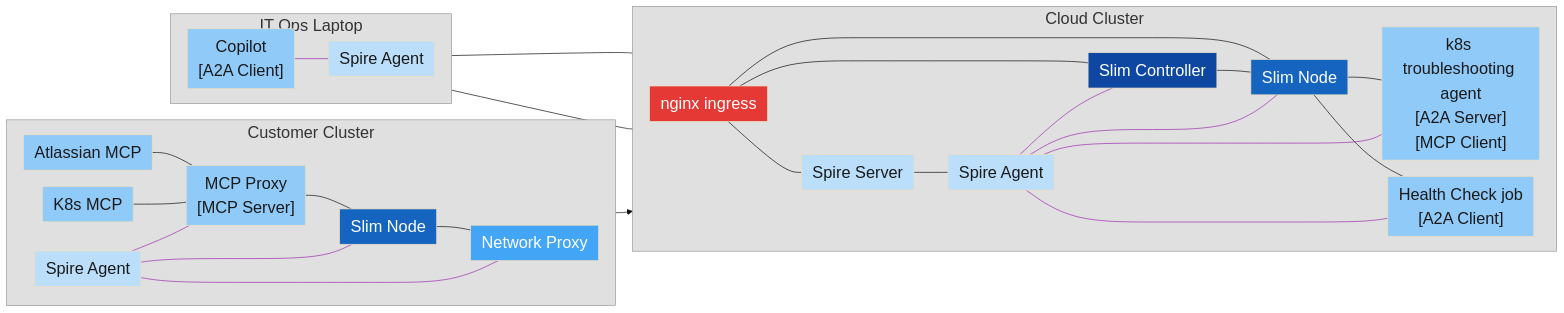
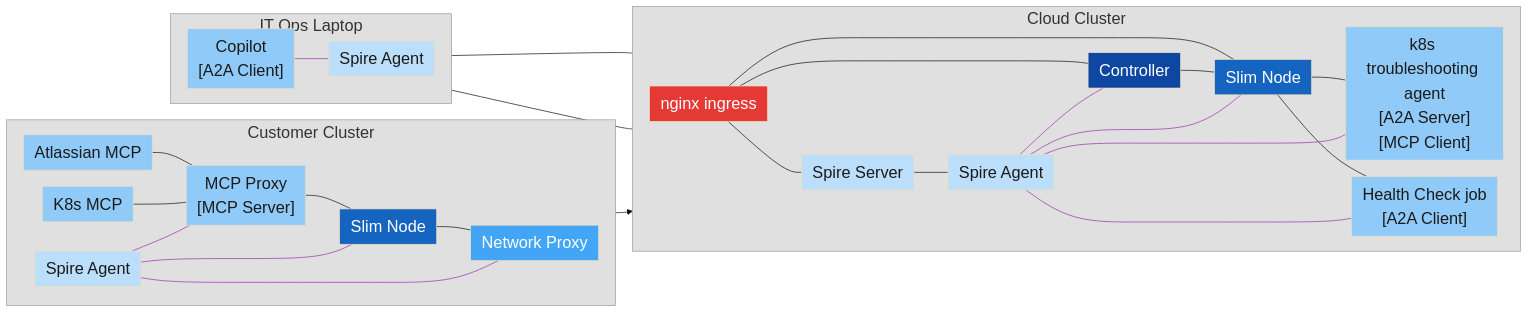
The seventh of 9 diagrams in presentations/slim-multicluster-demo/slim-multicluster-demo.md (agntcy/blogs), drawn with Mermaid before and after one commit. The commit also changed other lines of this file, not shown here.

````diff
--- a/presentations/slim-multicluster-demo/slim-multicluster-demo.md
+++ b/presentations/slim-multicluster-demo/slim-multicluster-demo.md
@@ -379,68 +379,68 @@
 ```mermaid
 %%{init: {'theme': 'base', 'themeVariables': {'fontSize': '24px'}, 'flowchart': {'nodeSpacing': 24, 'rankSpacing': 25, 'padding': 8}}}%%
 graph LR
     subgraph Customer[Customer Cluster]
         direction LR
         AMCP[Atlassian MCP] --- MP1["MCP Proxy\n[MCP Server]"]
         KMCP[K8s MCP] --- MP1
         MP1 --- CSN[Slim Node]
         CSN --- NP[Network Proxy]
         CSA[Spire Agent] --- CSN
         CSA --- NP
         CSA --- MP1
     end
 
     subgraph Laptop[IT Ops Laptop]
         direction LR
         Copilot["Copilot\n[A2A Client]"]
         LSA[Spire Agent]
         Copilot --- LSA
     end
 
     subgraph Cloud[Cloud Cluster]
         direction LR
         Ingress[nginx ingress] --- SN[Slim Node]
         Ingress --- SS[Spire Server]
-        Ingress --- SC[Slim Controller]
+        Ingress --- SC[Controller]
         SC --- SN
         SN --- K8S["k8s troubleshooting agent\n[A2A Server]\n[MCP Client]"]
         SN --- HCJ["Health Check job\n[A2A Client]"]
         SS --- SA[Spire Agent]
         SA --- SC
         SA --- SN
         SA --- K8S
         SA --- HCJ
     end
 
     NP --> Ingress
     Copilot --- Ingress
     LSA --- Ingress
 
     linkStyle 4 stroke:#9C27B0
     linkStyle 5 stroke:#9C27B0
     linkStyle 6 stroke:#9C27B0
     linkStyle 7 stroke:#9C27B0
     linkStyle 15 stroke:#9C27B0
     linkStyle 16 stroke:#9C27B0
     linkStyle 17 stroke:#9C27B0
     linkStyle 18 stroke:#9C27B0
 
     style Customer fill:#e0e0e0,stroke:#999,color:#333
     style Cloud fill:#e0e0e0,stroke:#999,color:#333
     style Laptop fill:#e0e0e0,stroke:#999,color:#333
     style NP fill:#42A5F5,color:#fff
     style Ingress fill:#E53935,color:#fff
     style SC fill:#0D47A1,color:#fff
     style SN fill:#1565C0,color:#fff
     style K8S fill:#90CAF9,color:#1a1a1a
     style HCJ fill:#90CAF9,color:#1a1a1a
     style SS fill:#BBDEFB,color:#1a1a1a
     style SA fill:#BBDEFB,color:#1a1a1a
     style AMCP fill:#90CAF9,color:#1a1a1a
     style KMCP fill:#90CAF9,color:#1a1a1a
     style MP1 fill:#90CAF9,color:#1a1a1a
     style CSN fill:#1565C0,color:#fff
     style CSA fill:#BBDEFB,color:#1a1a1a
     style Copilot fill:#90CAF9,color:#1a1a1a
     style LSA fill:#BBDEFB,color:#1a1a1a
 ```
````
